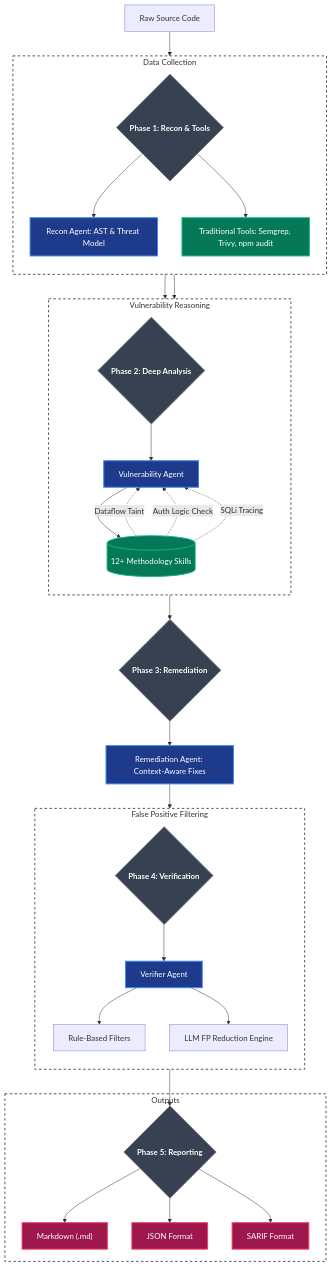
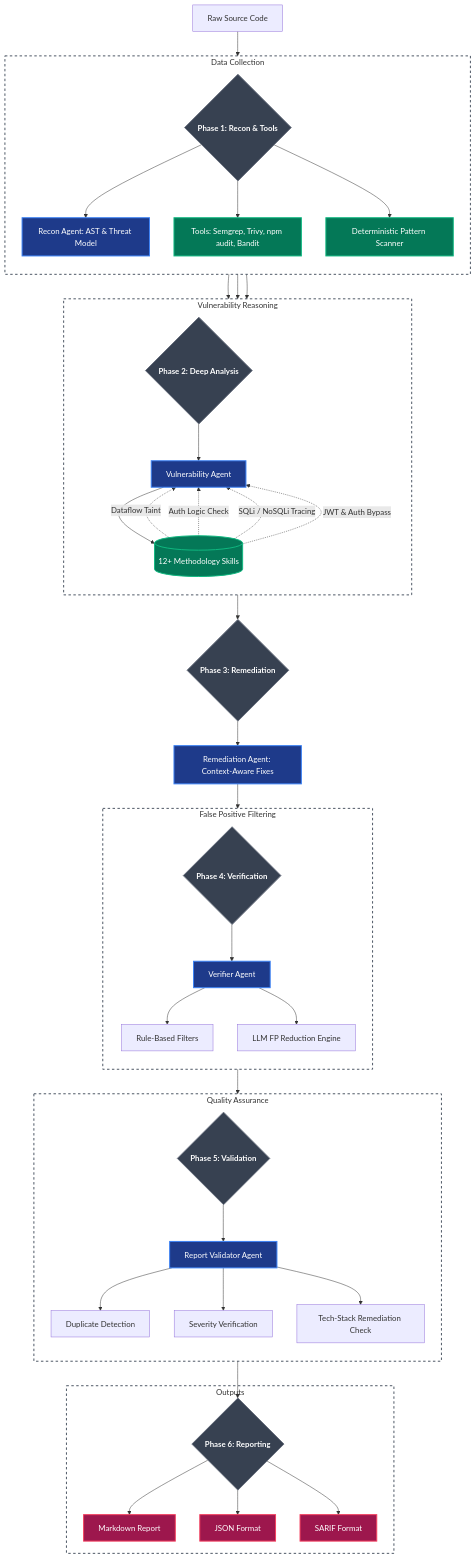
The diagram in README.md (Shiv-kumar-AIML/SECURITY_ANALYSIS_AI_AGENT), drawn with Mermaid before and after one commit. The commit also changed other lines of this file and 2 other files, not shown here.

Commit message:
feat: Add accuracy benchmarks and sample report images to README, enhancing project overview and workflow visualization.

````diff
--- a/README.md
+++ b/README.md
@@ -109,51 +130,64 @@
 ```mermaid
 graph TD
     classDef agent fill:#1e3a8a,stroke:#3b82f6,stroke-width:2px,color:#fff;
     classDef tool fill:#047857,stroke:#10b981,stroke-width:2px,color:#fff;
     classDef phase fill:#374151,stroke:#6b7280,stroke-width:2px,color:#fff,font-weight:bold;
     classDef report fill:#9d174d,stroke:#f43f5e,stroke-width:2px,color:#fff;
     classDef subg fill:none,stroke:#4b5563,stroke-width:2px,stroke-dasharray: 5 5;
 
     A["Raw Source Code"] --> B{"Phase 1: Recon & Tools"}:::phase
     
     subgraph P1["Data Collection"]
         direction TB
         B --> C["Recon Agent: AST & Threat Model"]:::agent
-        B --> D["Traditional Tools: Semgrep, Trivy, npm audit"]:::tool
+        B --> D["Tools: Semgrep, Trivy, npm audit, Bandit"]:::tool
+        B --> D2["Deterministic Pattern Scanner"]:::tool
     end
     class P1 subg
 
-    C & D --> E{"Phase 2: Deep Analysis"}:::phase
+    C & D & D2 --> E{"Phase 2: Deep Analysis"}:::phase
     
     subgraph P2["Vulnerability Reasoning"]
         direction TB
         E --> F["Vulnerability Agent"]:::agent
         F --> G[("12+ Methodology Skills")]:::tool
         G -.->|"Dataflow Taint"| F
         G -.->|"Auth Logic Check"| F
-        G -.->|"SQLi Tracing"| F
+        G -.->|"SQLi / NoSQLi Tracing"| F
+        G -.->|"JWT & Auth Bypass"| F
     end
     class P2 subg
 
     F --> H{"Phase 3: Remediation"}:::phase
     H --> I["Remediation Agent: Context-Aware Fixes"]:::agent
 
     I --> J{"Phase 4: Verification"}:::phase
 
     subgraph P4["False Positive Filtering"]
         direction TB
         J --> K["Verifier Agent"]:::agent
         K --> L["Rule-Based Filters"]
         K --> M["LLM FP Reduction Engine"]
     end
     class P4 subg
 
-    K --> N{"Phase 5: Reporting"}:::phase
+    K --> V{"Phase 5: Validation"}:::phase
     
-    subgraph P5["Outputs"]
-        N --> O["Markdown (.md)"]:::report
+    subgraph P5V["Quality Assurance"]
+        direction TB
+        V --> VA["Report Validator Agent"]:::agent
+        VA --> VB["Duplicate Detection"]
+        VA --> VC["Severity Verification"]
+        VA --> VD["Tech-Stack Remediation Check"]
+    end
+    class P5V subg
+
+    VA --> N{"Phase 6: Reporting"}:::phase
+    
+    subgraph P6["Outputs"]
+        N --> O["Markdown Report"]:::report
         N --> P["JSON Format"]:::report
         N --> Q["SARIF Format"]:::report
     end
-    class P5 subg
+    class P6 subg
 ```
````
